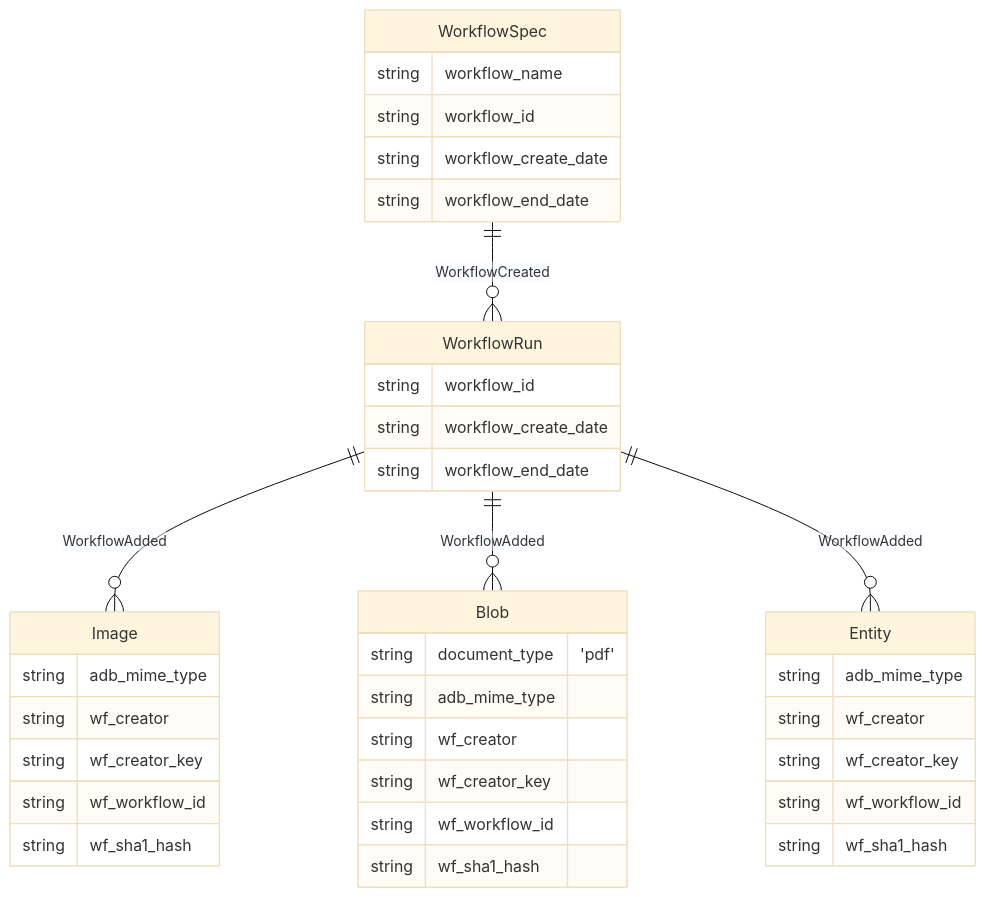
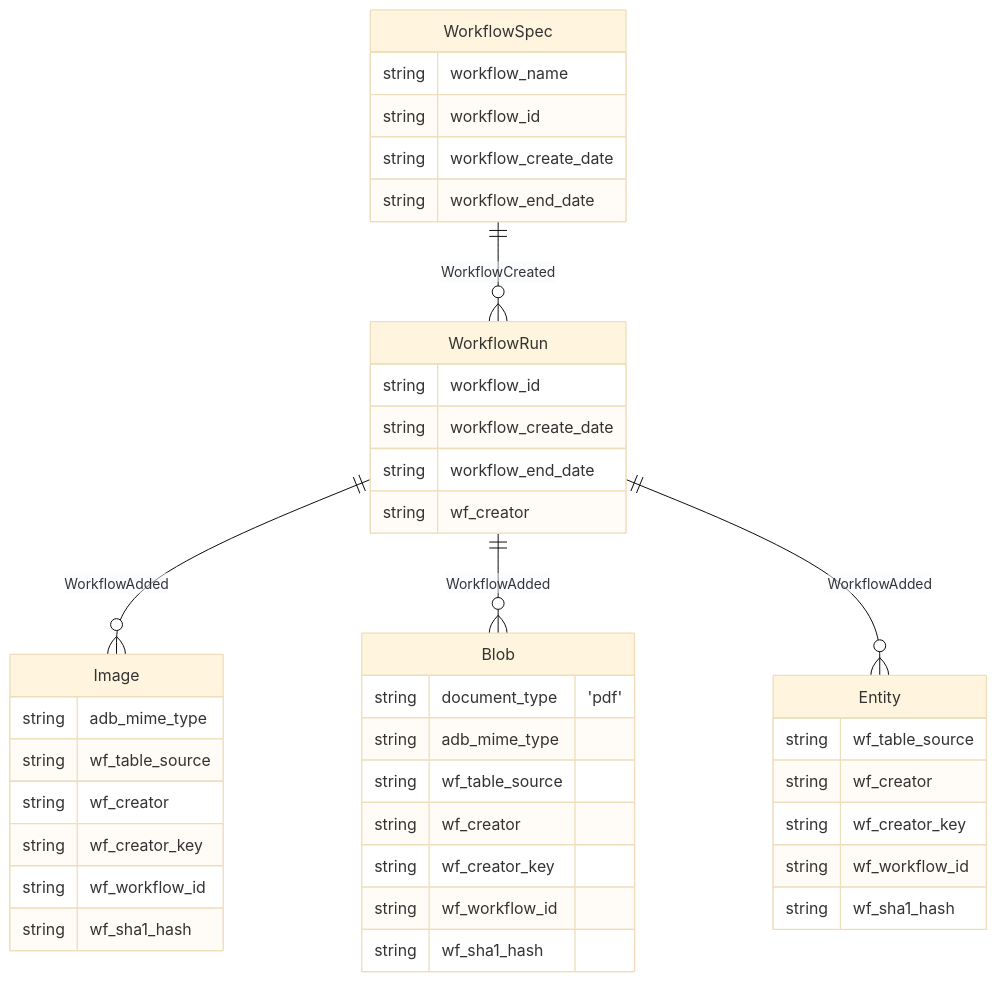
The diagram in apps/ingest-from-sql/README.md (aperture-data/workflows), drawn with Mermaid (base theme) before and after one commit. The commit also changed other lines of this file and 4 other files, not shown here.

````diff
--- a/apps/ingest-from-sql/README.md
+++ b/apps/ingest-from-sql/README.md
@@ -15,41 +15,44 @@
 ```mermaid
 erDiagram
     Blob {}
     WorkflowSpec {
         string workflow_name
         string workflow_id
         string workflow_create_date
         string workflow_end_date
     }
     WorkflowRun {
         string workflow_id
         string workflow_create_date
         string workflow_end_date
+        string wf_creator
     }
     Image {
         string adb_mime_type
+        string wf_table_source
         string wf_creator
         string wf_creator_key
         string wf_workflow_id
         string wf_sha1_hash
     }
     Blob {
         string document_type "'pdf'"
         string adb_mime_type
+        string wf_table_source
         string wf_creator
         string wf_creator_key
         string wf_workflow_id
         string wf_sha1_hash
     }
     Entity {
-        string adb_mime_type
+        string wf_table_source
         string wf_creator
         string wf_creator_key
         string wf_workflow_id
         string wf_sha1_hash
     }
     WorkflowSpec ||--o{ WorkflowRun : WorkflowCreated
     WorkflowRun ||--o{ Image : WorkflowAdded
     WorkflowRun ||--o{ Blob : WorkflowAdded
     WorkflowRun ||--o{ Entity : WorkflowAdded
 ```
````
